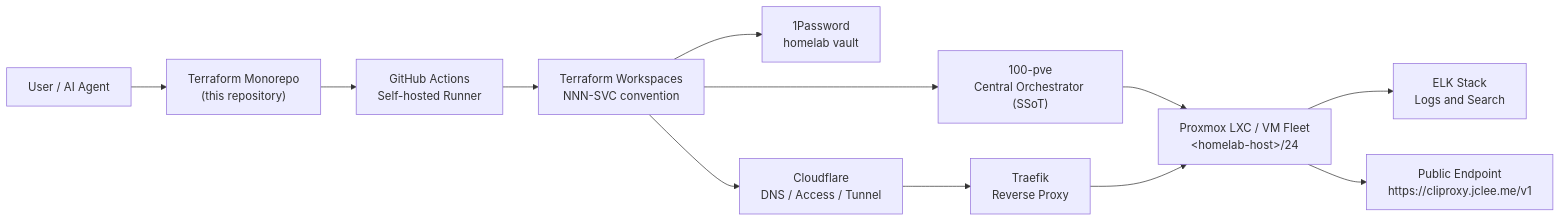
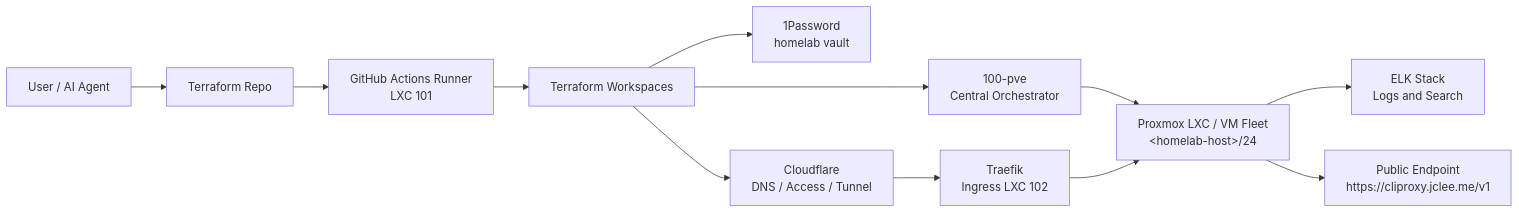
Before and after one commit to jclee941/terraform: the first of 2 diagrams in README.md, drawn with Mermaid. The commit also changed other lines of this file, not shown here.

````diff
--- a/README.md
+++ b/README.md
@@ -76,14 +83,14 @@
 ```mermaid
 flowchart LR
-  Agent["User / AI Agent"] --> Repo["Terraform Monorepo<br/>(this repository)"]
-  Repo --> CI["GitHub Actions<br/>Self-hosted Runner"]
-  CI --> TF["Terraform Workspaces<br/>NNN-SVC convention"]
-  TF --> PVE["100-pve<br/>Central Orchestrator (SSoT)"]
+  Agent["User / AI Agent"] --> Repo["Terraform Repo"]
+  Repo --> CI["GitHub Actions Runner<br/>LXC 101"]
+  CI --> TF["Terraform Workspaces"]
+  TF --> PVE["100-pve<br/>Central Orchestrator"]
   PVE --> Fleet["Proxmox LXC / VM Fleet<br/>&lt;homelab-host&gt;/24"]
   TF --> OP["1Password<br/>homelab vault"]
   TF --> CF["Cloudflare<br/>DNS / Access / Tunnel"]
   Fleet --> ELK["ELK Stack<br/>Logs and Search"]
-  CF --> Traefik["Traefik<br/>Reverse Proxy"]
+  CF --> Traefik["Traefik<br/>Ingress LXC 102"]
   Traefik --> Fleet
   Fleet --> Public["Public Endpoint<br/>https://cliproxy.jclee.me/v1"]
 ```
````
